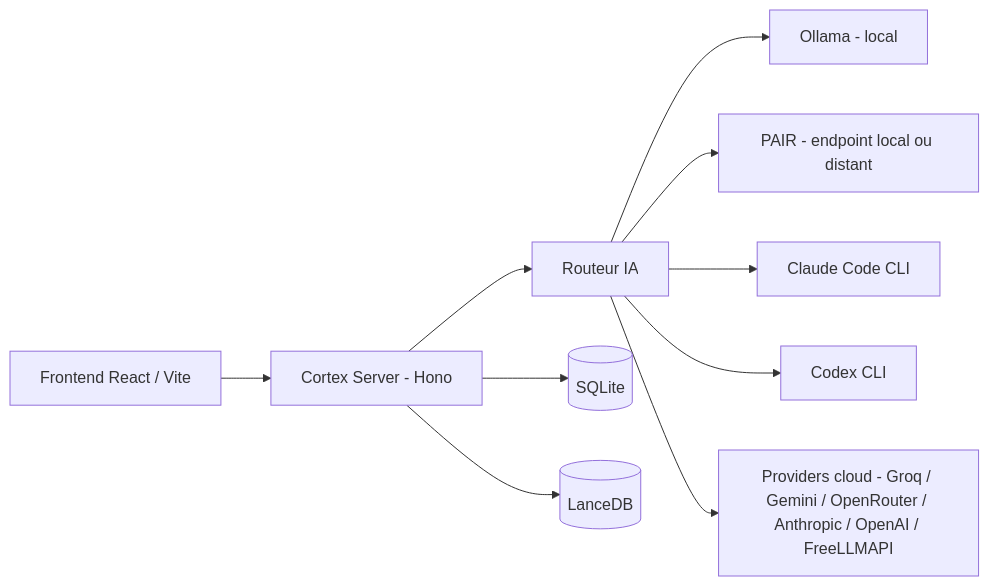
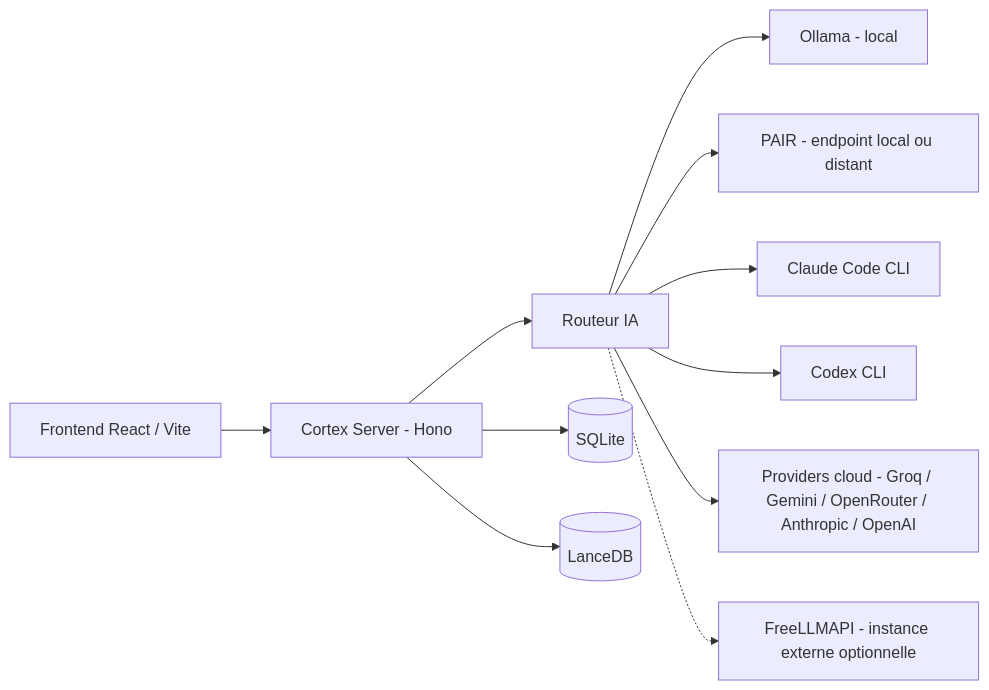
The diagram in README.md (FloW1772/Docteur), drawn with Mermaid before and after one commit. The commit also changed other lines of this file, not shown here.

````diff
--- a/README.md
+++ b/README.md
@@ -133,23 +136,25 @@
 ```mermaid
 flowchart LR
     UI[Frontend React / Vite]
     API[Cortex Server - Hono]
     ROUTER[Routeur IA]
     DB[(SQLite)]
     VEC[(LanceDB)]
     OLLAMA[Ollama - local]
     PAIR[PAIR - endpoint local ou distant]
     CLAUDE[Claude Code CLI]
     CODEX[Codex CLI]
-    CLOUD[Providers cloud - Groq / Gemini / OpenRouter / Anthropic / OpenAI / FreeLLMAPI]
+    CLOUD[Providers cloud - Groq / Gemini / OpenRouter / Anthropic / OpenAI]
+    FREELLM[FreeLLMAPI - instance externe optionnelle]
 
     UI --> API
     API --> DB
     API --> VEC
     API --> ROUTER
     ROUTER --> OLLAMA
     ROUTER --> PAIR
     ROUTER --> CLAUDE
     ROUTER --> CODEX
     ROUTER --> CLOUD
+    ROUTER -.-> FREELLM
 ```
````
